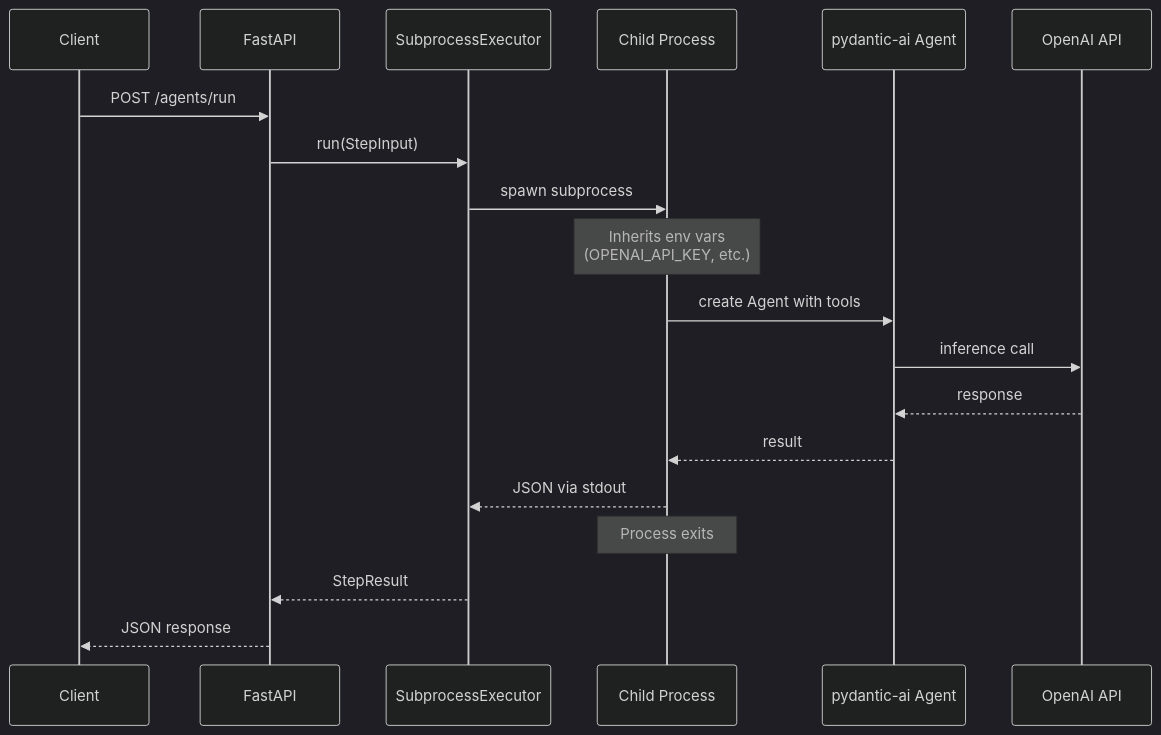
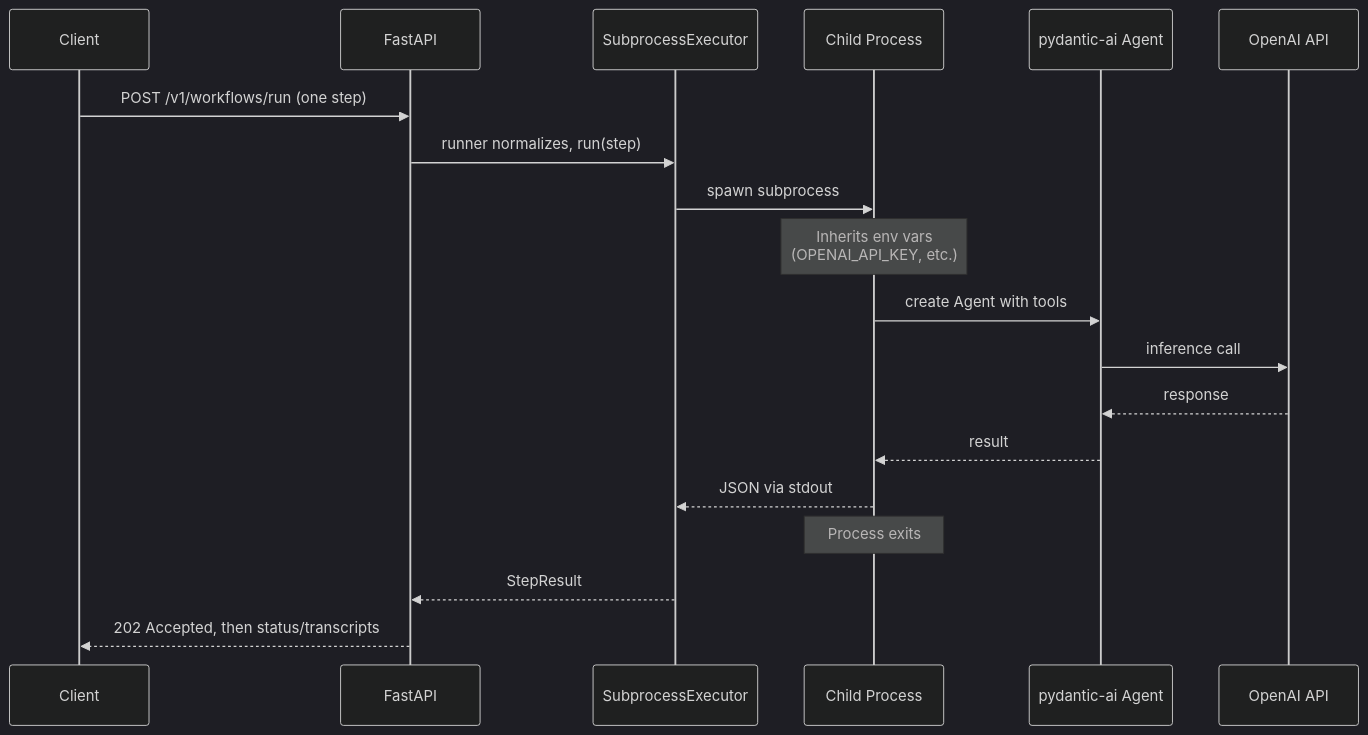
One commit to jameswnl/lightspeed-stack changed the third of 9 diagrams in docs/design/cloud-agents/integration-architecture.md. Above: the diagram before and after it, drawn with Mermaid (dark theme). The commit also changed other lines of this file and 23 other files, not shown here.

````diff
--- a/docs/design/cloud-agents/integration-architecture.md
+++ b/docs/design/cloud-agents/integration-architecture.md
@@ -89,22 +88,22 @@
 ```mermaid
 sequenceDiagram
     participant Client
     participant FastAPI
     participant SubprocessExec as SubprocessExecutor
     participant Child as Child Process
     participant Agent as pydantic-ai Agent
     participant LLM as OpenAI API
 
-    Client->>FastAPI: POST /agents/run
-    FastAPI->>SubprocessExec: run(StepInput)
+    Client->>FastAPI: POST /v1/workflows/run (one step)
+    FastAPI->>SubprocessExec: runner normalizes, run(step)
     SubprocessExec->>Child: spawn subprocess
     Note over Child: Inherits env vars<br/>(OPENAI_API_KEY, etc.)
     Child->>Agent: create Agent with tools
     Agent->>LLM: inference call
     LLM-->>Agent: response
     Agent-->>Child: result
     Child-->>SubprocessExec: JSON via stdout
     Note over Child: Process exits
     SubprocessExec-->>FastAPI: StepResult
-    FastAPI-->>Client: JSON response
+    FastAPI-->>Client: 202 Accepted, then status/transcripts
 ```
````
